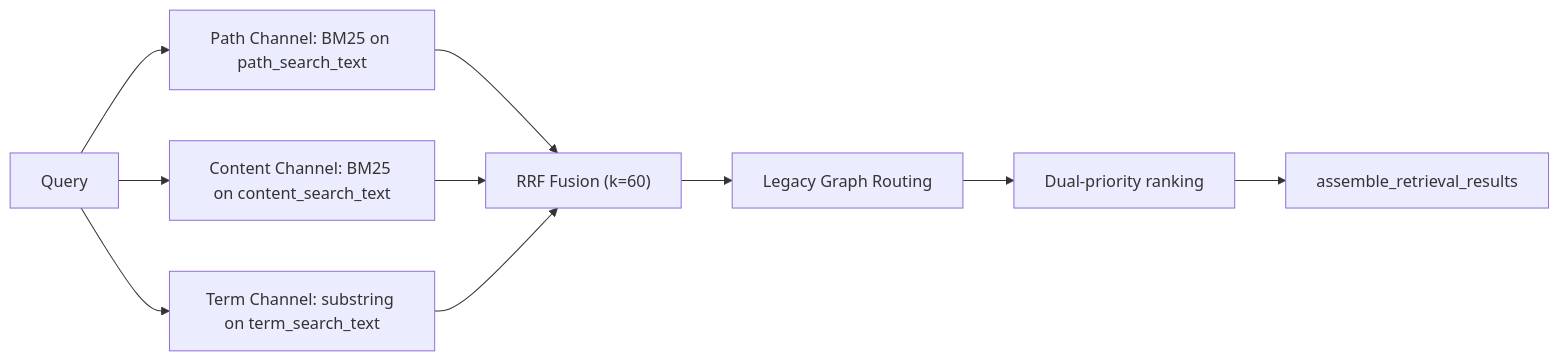
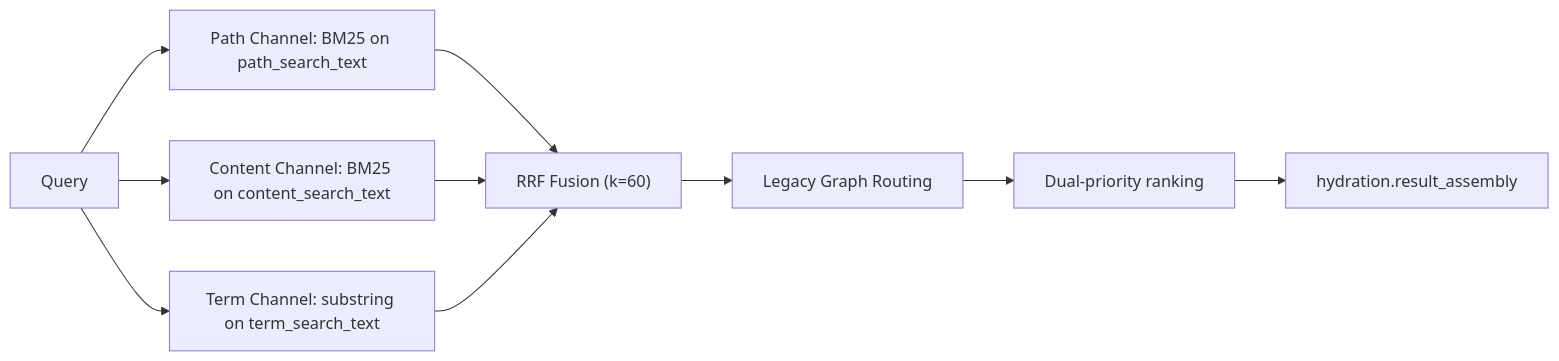
The fourth of 4 diagrams in AGENTS.md (getsyntegrity/knowhere), drawn with Mermaid before and after one commit. The commit also changed other lines of this file and 44 other files, not shown here.

````diff
--- a/AGENTS.md
+++ b/AGENTS.md
@@ -542,12 +551,12 @@
 ```mermaid
 flowchart LR
     Q[Query] --> P[Path Channel: BM25 on path_search_text]
     Q --> C[Content Channel: BM25 on content_search_text]
     Q --> T[Term Channel: substring on term_search_text]
     P --> RRF["RRF Fusion (k=60)"]
     C --> RRF
     T --> RRF
     RRF --> Graph[Legacy Graph Routing]
     Graph --> Rank[Dual-priority ranking]
-    Rank --> Assemble[assemble_retrieval_results]
+    Rank --> Assemble[hydration.result_assembly]
 ```
````
